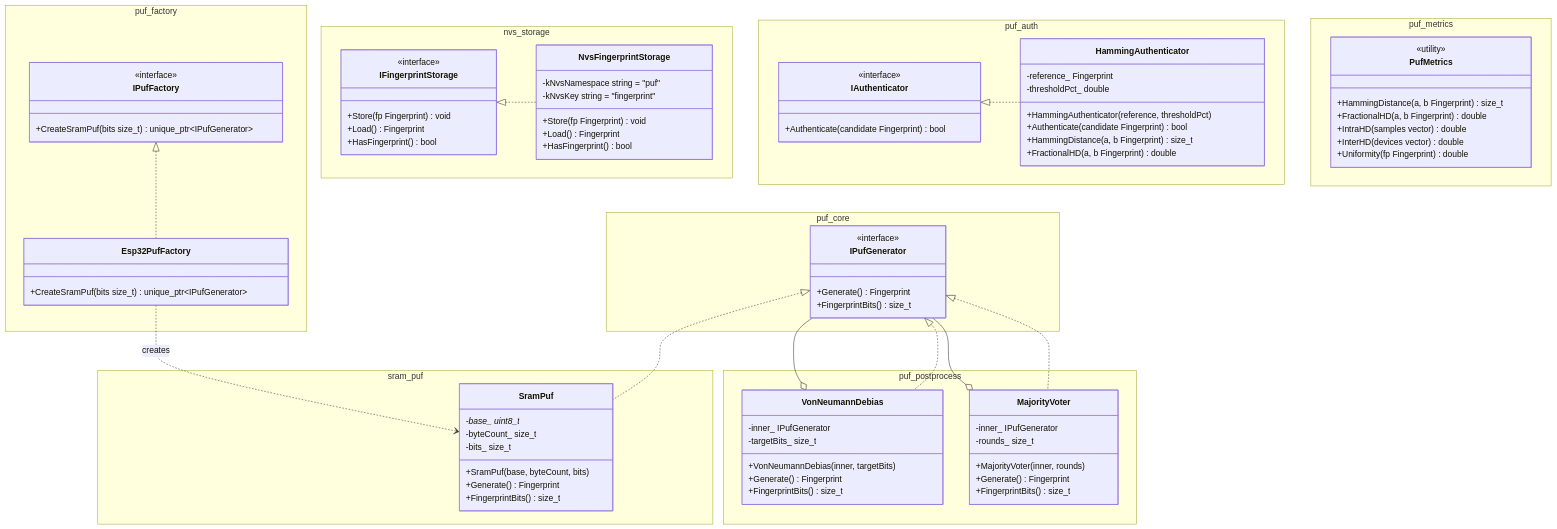
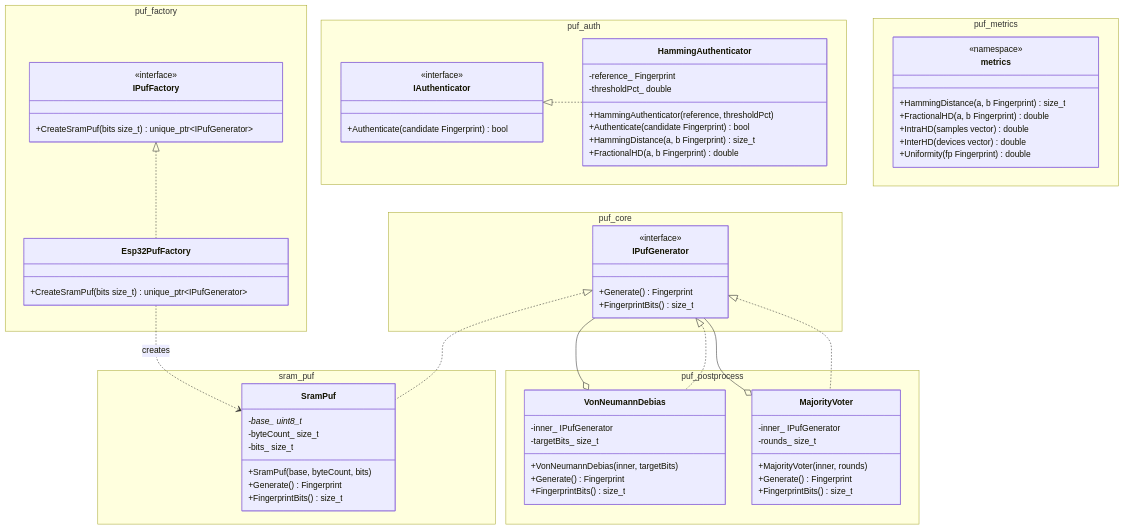
Before and after one commit to artoshechka/puf_generator: the diagram in docs/architecture.md, drawn with Mermaid. The commit also changed other lines of this file and 8 other files, not shown here.

First line of the commit message:
docs: sync architecture/usage/server with code, drop RO PUF orphans

```diff
--- a/docs/architecture.md
+++ b/docs/architecture.md
@@ -28,22 +28,6 @@
         }
         class Esp32PufFactory {
             +CreateSramPuf(bits size_t) unique_ptr~IPufGenerator~
-        }
-    }
-
-    namespace nvs_storage {
-        class IFingerprintStorage {
-            <<interface>>
-            +Store(fp Fingerprint) void
-            +Load() Fingerprint
-            +HasFingerprint() bool
-        }
-        class NvsFingerprintStorage {
-            -kNvsNamespace string = "puf"
-            -kNvsKey string = "fingerprint"
-            +Store(fp Fingerprint) void
-            +Load() Fingerprint
-            +HasFingerprint() bool
         }
     }
 
@@ -80,8 +64,8 @@
     }
 
     namespace puf_metrics {
-        class PufMetrics {
-            <<utility>>
+        class metrics {
+            <<namespace>>
             +HammingDistance(a, b Fingerprint) size_t
             +FractionalHD(a, b Fingerprint) double
             +IntraHD(samples vector) double
@@ -94,7 +78,6 @@
     IPufGenerator <|.. VonNeumannDebias
     IPufGenerator <|.. MajorityVoter
     IPufFactory <|.. Esp32PufFactory
-    IFingerprintStorage <|.. NvsFingerprintStorage
     IAuthenticator <|.. HammingAuthenticator
 
     VonNeumannDebias o-- IPufGenerator
```
